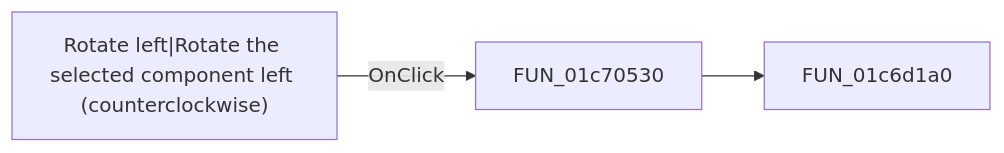
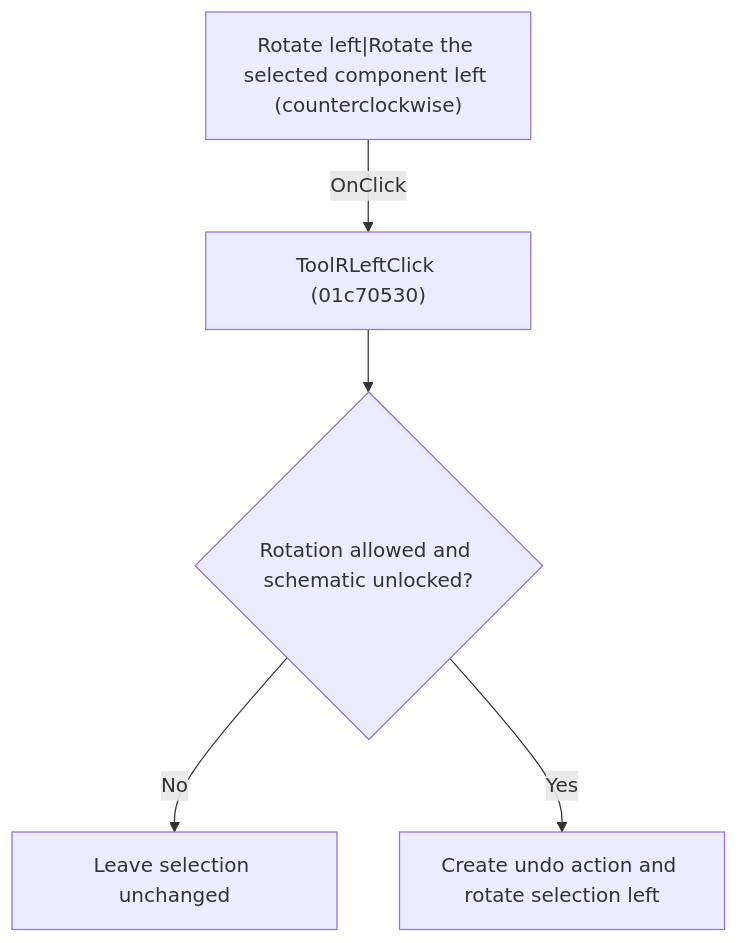
One commit to MovGP0/TIARA changed the diagram in docs/ui-controls/schematiceditor/speedbutton7-5d7e4144f1.md. Above: the diagram before and after it, drawn with Mermaid. The commit also changed other lines of this file and 1062 other files, not shown here.

````diff
--- a/docs/ui-controls/schematiceditor/speedbutton7-5d7e4144f1.md
+++ b/docs/ui-controls/schematiceditor/speedbutton7-5d7e4144f1.md
@@ -27,5 +27,7 @@
 ```mermaid
-flowchart LR
-    control["Rotate left|Rotate the selected component left (counterclockwise)"] -->|OnClick| handler["FUN_01c70530"]
-    handler --> call1["FUN_01c6d1a0"]
+flowchart TD
+    control["Rotate left|Rotate the selected component left (counterclockwise)"] -->|"OnClick"| handler["ToolRLeftClick (01c70530)"]
+    handler --> guard{"Rotation allowed and schematic unlocked?"}
+    guard -->|"No"| noChange["Leave selection unchanged"]
+    guard -->|"Yes"| action["Create undo action and rotate selection left"]
 ```
````
